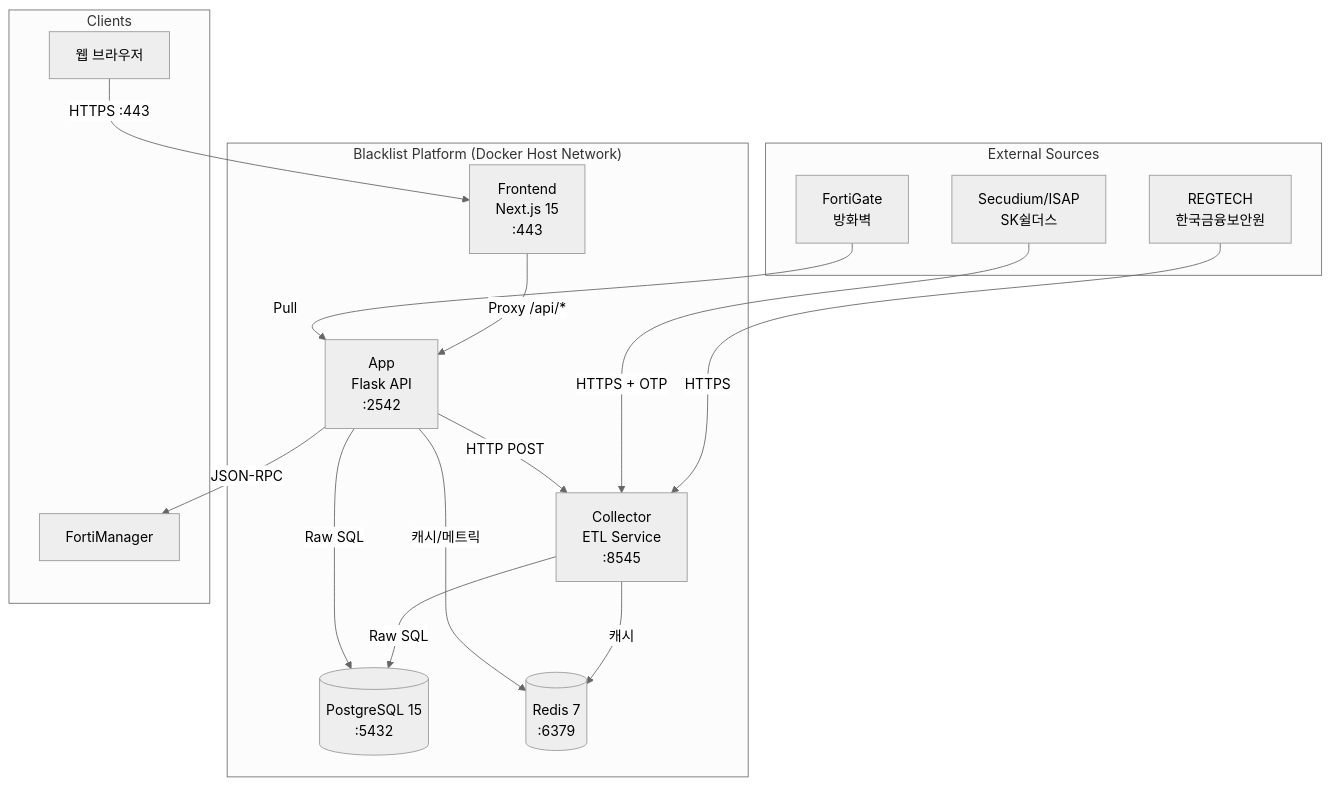
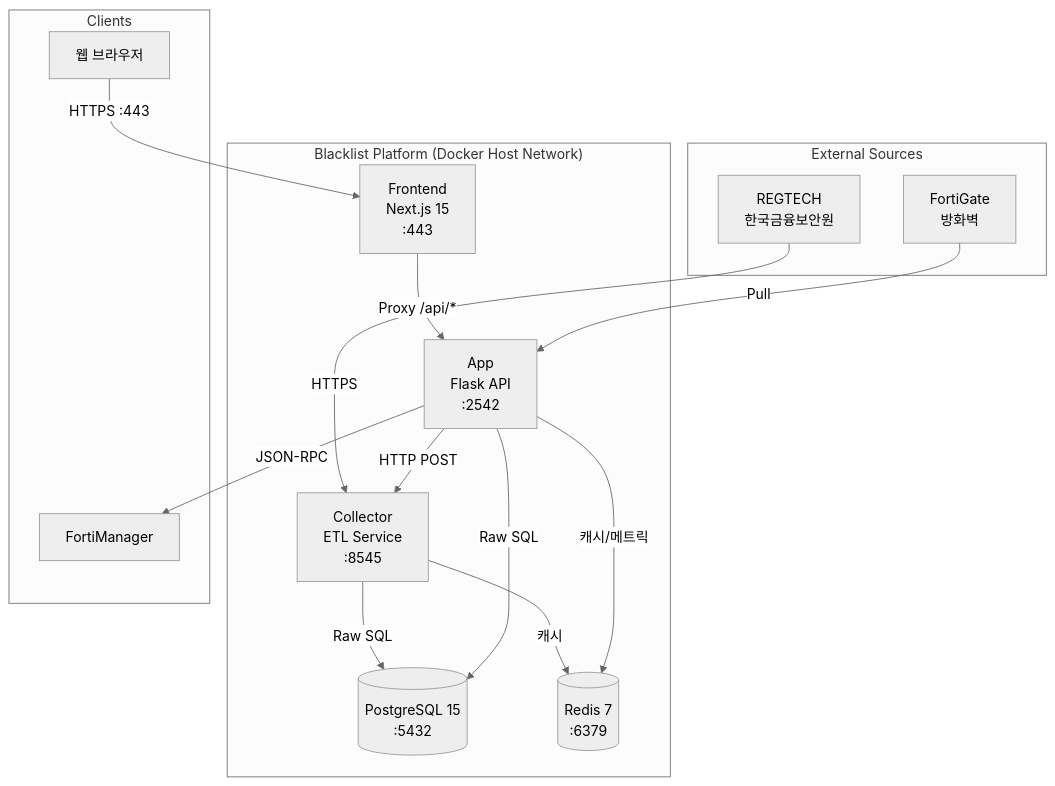
One commit to jclee941/blacklist changed the first of 10 diagrams in docs/wiki/Architecture.md. Above: the diagram before and after it, drawn with Mermaid (neutral theme). The commit also changed other lines of this file and 47 other files, not shown here.

````diff
--- a/docs/wiki/Architecture.md
+++ b/docs/wiki/Architecture.md
@@ -12,33 +12,31 @@
 ```mermaid
 graph TD
     subgraph "External Sources"
         REGTECH["REGTECH<br/>한국금융보안원"]
-        SECUDIUM["Secudium/ISAP<br/>SK쉴더스"]
         FORTIGATE["FortiGate<br/>방화벽"]
     end
 
     subgraph "Blacklist Platform (Docker Host Network)"
         PG[("PostgreSQL 15<br/>:5432")]
         REDIS[("Redis 7<br/>:6379")]
         COLLECTOR["Collector<br/>ETL Service<br/>:8545"]
         APP["App<br/>Flask API<br/>:2542"]
         FRONTEND["Frontend<br/>Next.js 15<br/>:443"]
     end
 
     subgraph "Clients"
         BROWSER["웹 브라우저"]
         FORTIMGR["FortiManager"]
     end
 
     REGTECH -->|HTTPS| COLLECTOR
-    SECUDIUM -->|HTTPS + OTP| COLLECTOR
     COLLECTOR -->|Raw SQL| PG
     COLLECTOR -->|캐시| REDIS
     APP -->|Raw SQL| PG
     APP -->|캐시/메트릭| REDIS
     APP -->|HTTP POST| COLLECTOR
     FRONTEND -->|Proxy /api/*| APP
     BROWSER -->|HTTPS :443| FRONTEND
     APP -->|JSON-RPC| FORTIMGR
     FORTIGATE -->|Pull| APP
 ```
````
